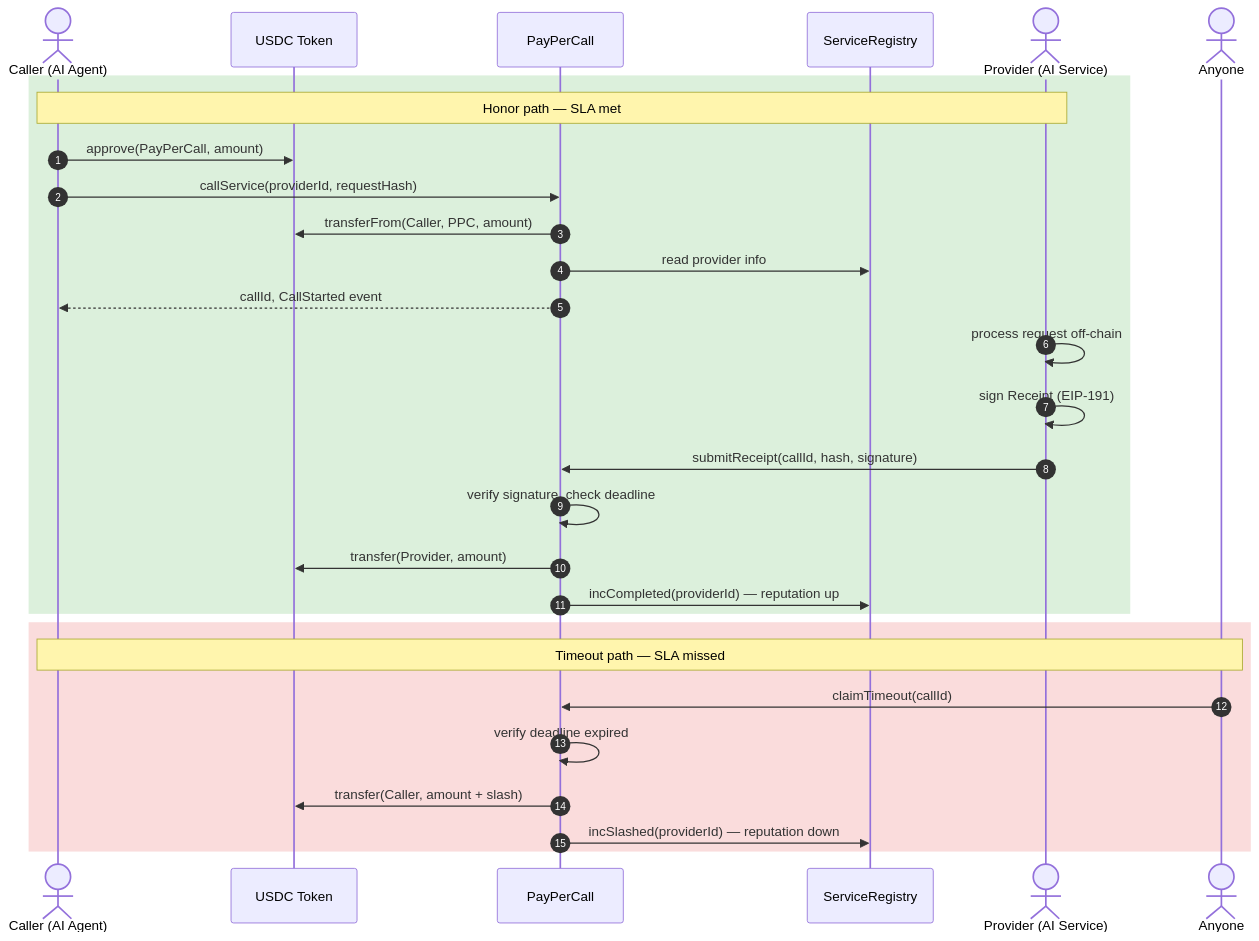
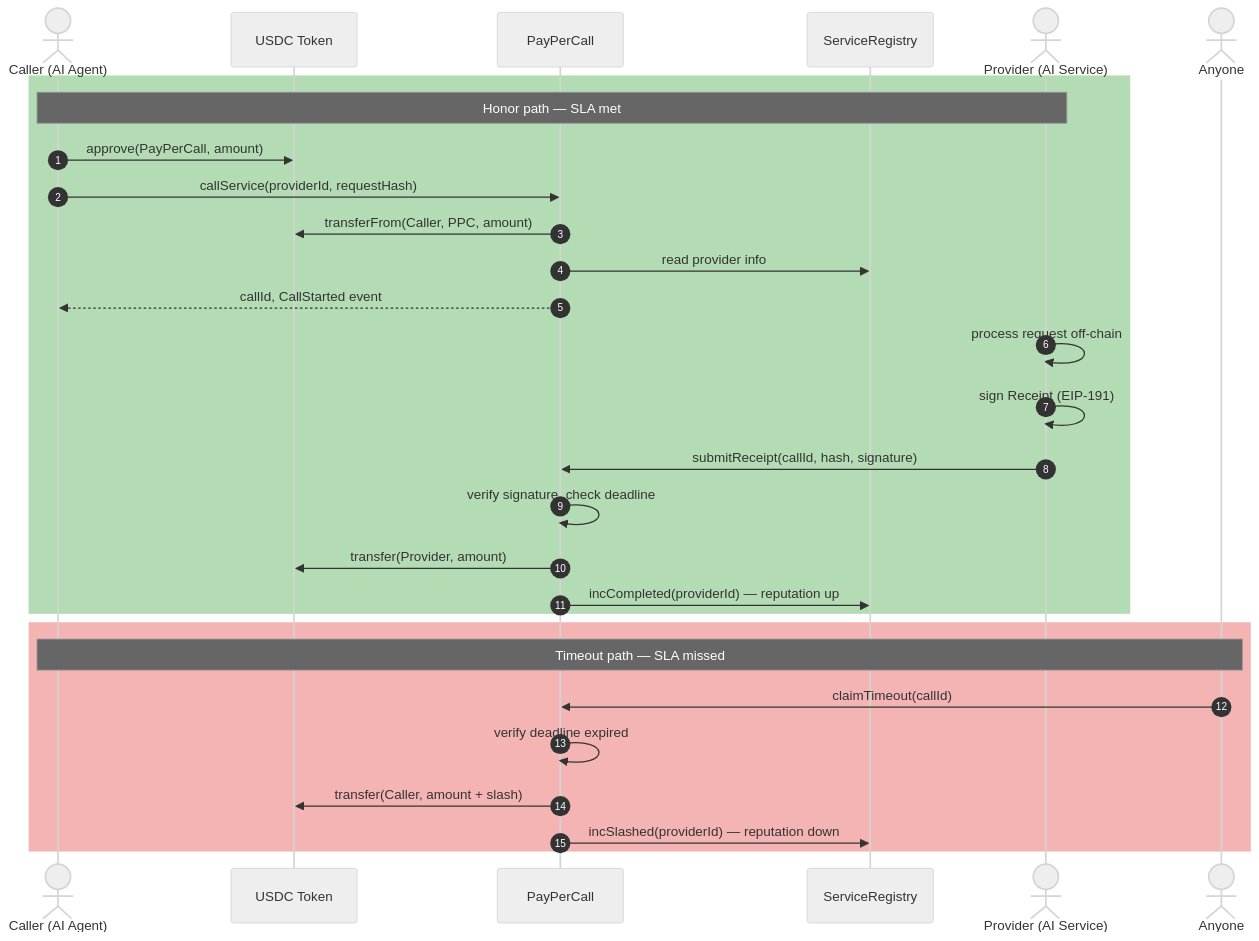
Before and after one commit to muazzezwq/CallGuard: the diagram in README.md, drawn with Mermaid.

Commit message:
Change colors in sequence diagram in README
Updated the color scheme in the sequence diagram for better clarity.

````diff
--- a/README.md
+++ b/README.md
@@ -117,37 +117,38 @@
 ```mermaid
+%%{init: {'theme':'neutral'}}%%
 sequenceDiagram
     autonumber
     actor Caller as Caller (AI Agent)
     participant USDC as USDC Token
     participant PPC as PayPerCall
     participant SR as ServiceRegistry
     actor Provider as Provider (AI Service)
     actor Anyone as Anyone
 
-    rect rgb(220, 240, 220)
+    rect rgb(180, 220, 180)
     Note over Caller,Provider: Honor path — SLA met
 
     Caller->>USDC: approve(PayPerCall, amount)
     Caller->>PPC: callService(providerId, requestHash)
     PPC->>USDC: transferFrom(Caller, PPC, amount)
     PPC->>SR: read provider info
     PPC-->>Caller: callId, CallStarted event
 
     Provider->>Provider: process request off-chain
     Provider->>Provider: sign Receipt (EIP-191)
 
     Provider->>PPC: submitReceipt(callId, hash, signature)
     PPC->>PPC: verify signature, check deadline
     PPC->>USDC: transfer(Provider, amount)
     PPC->>SR: incCompleted(providerId) — reputation up
     end
 
-    rect rgb(250, 220, 220)
+    rect rgb(245, 180, 180)
     Note over Caller,Anyone: Timeout path — SLA missed
 
     Anyone->>PPC: claimTimeout(callId)
     PPC->>PPC: verify deadline expired
     PPC->>USDC: transfer(Caller, amount + slash)
     PPC->>SR: incSlashed(providerId) — reputation down
     end
 ```
````
